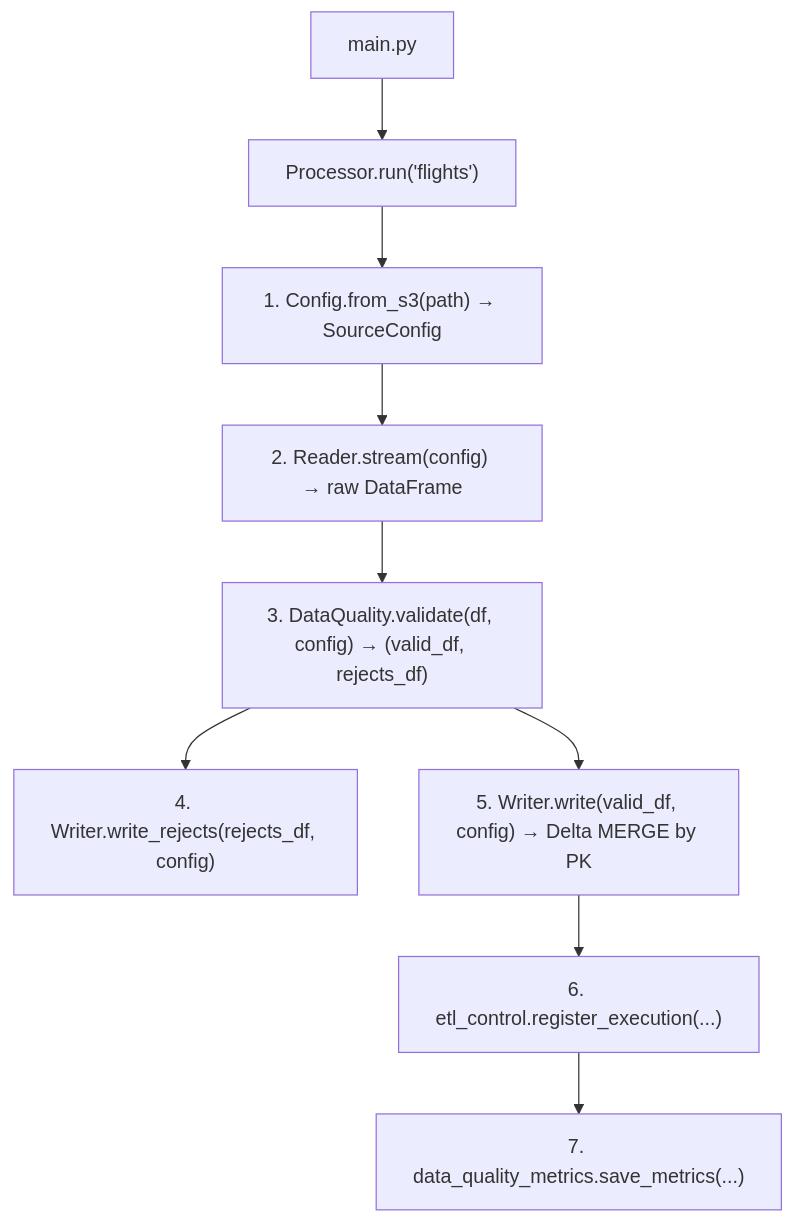
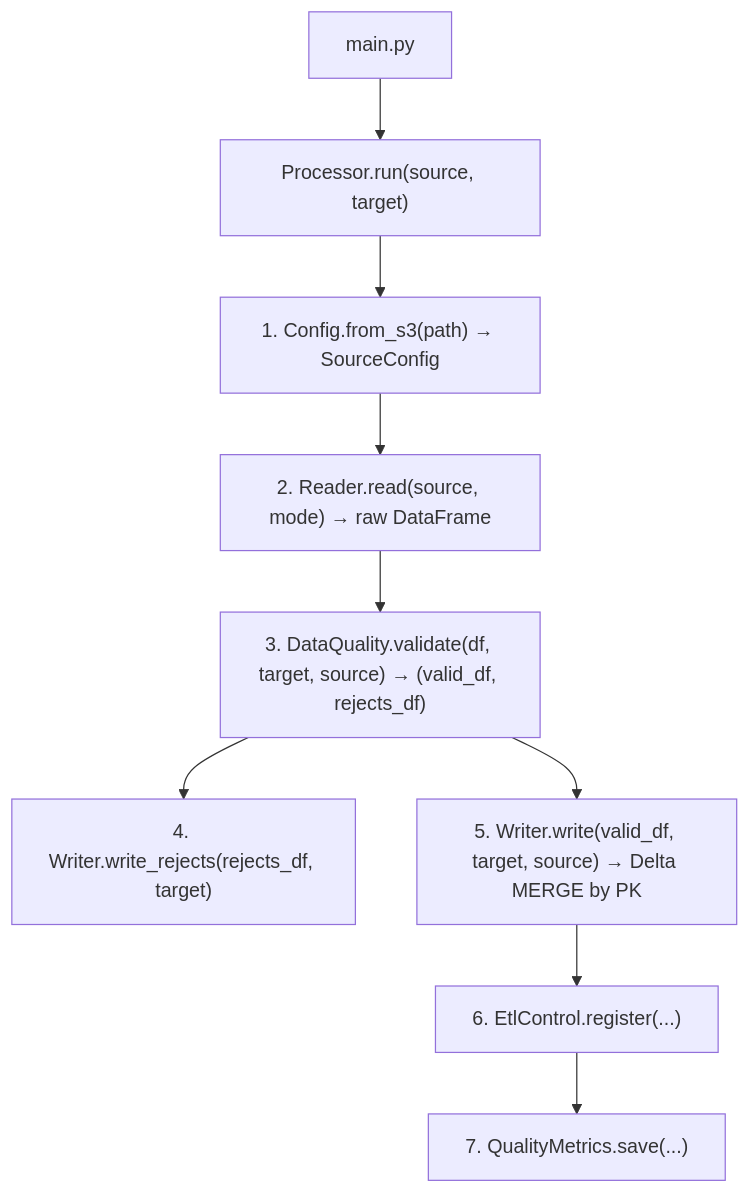
One commit to jamilvilela/aws-streaming-flight-radar-glue changed the diagram in docs-sdd/feature.md. Above: the diagram before and after it, drawn with Mermaid. The commit also changed other lines of this file and 27 other files, not shown here.

````diff
--- a/docs-sdd/feature.md
+++ b/docs-sdd/feature.md
@@ -121,21 +134,21 @@
 ```mermaid
 flowchart TD
     MAIN["main.py"]
-    PROC["Processor.run('flights')"]
+    PROC["Processor.run(source, target)"]
     CONFIG["1. Config.from_s3(path) → SourceConfig"]
-    READER["2. Reader.stream(config) → raw DataFrame"]
-    DQ["3. DataQuality.validate(df, config) → (valid_df, rejects_df)"]
-    REJ["4. Writer.write_rejects(rejects_df, config)"]
-    WRITE["5. Writer.write(valid_df, config) → Delta MERGE by PK"]
-    ETL["6. etl_control.register_execution(...)"]
-    QM["7. data_quality_metrics.save_metrics(...)"]
+    READER["2. Reader.read(source, mode) → raw DataFrame"]
+    DQ["3. DataQuality.validate(df, target, source) → (valid_df, rejects_df)"]
+    REJ["4. Writer.write_rejects(rejects_df, target)"]
+    WRITE["5. Writer.write(valid_df, target, source) → Delta MERGE by PK"]
+    ETL["6. EtlControl.register(...)"]
+    QM["7. QualityMetrics.save(...)"]
 
     MAIN --> PROC
     PROC --> CONFIG
     CONFIG --> READER
     READER --> DQ
     DQ --> REJ
     DQ --> WRITE
     WRITE --> ETL
     ETL --> QM
 ```
````
